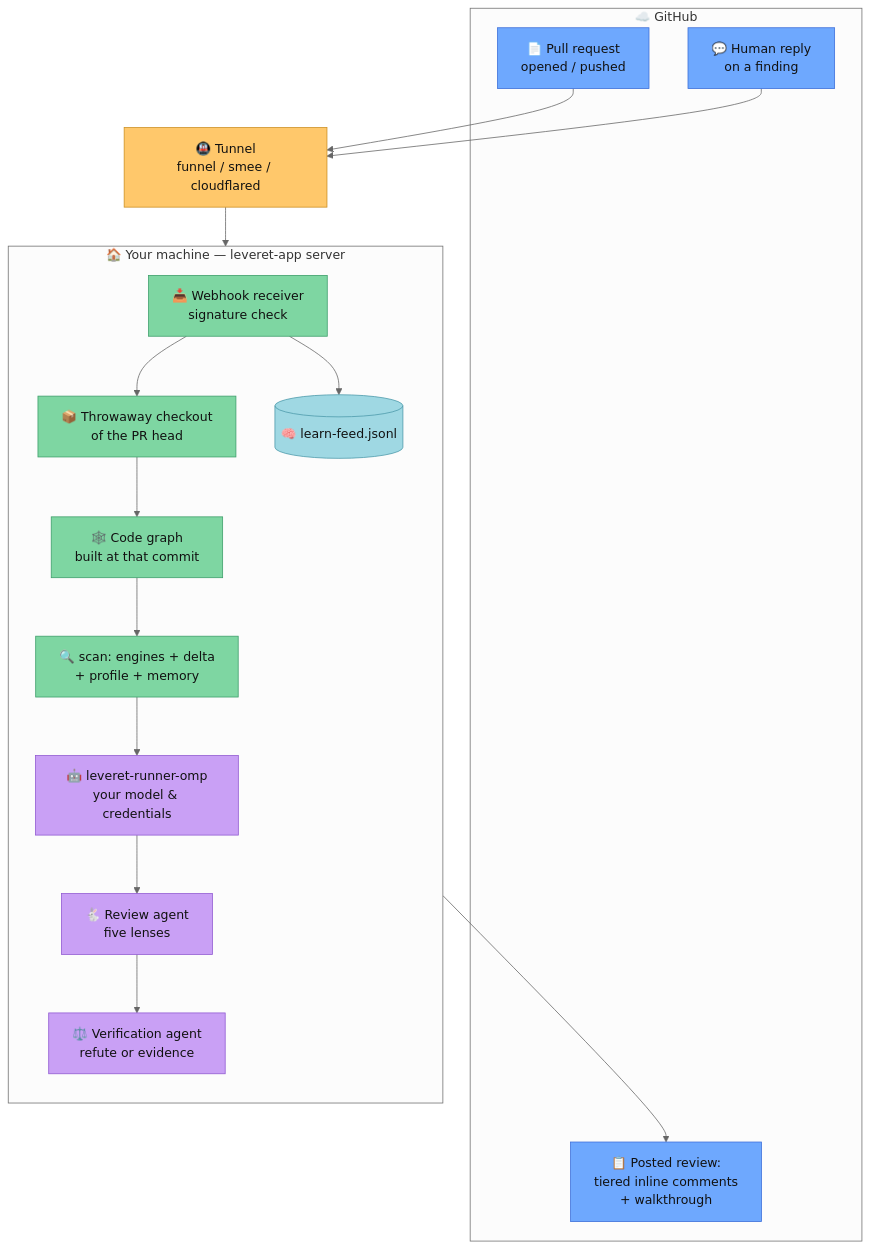
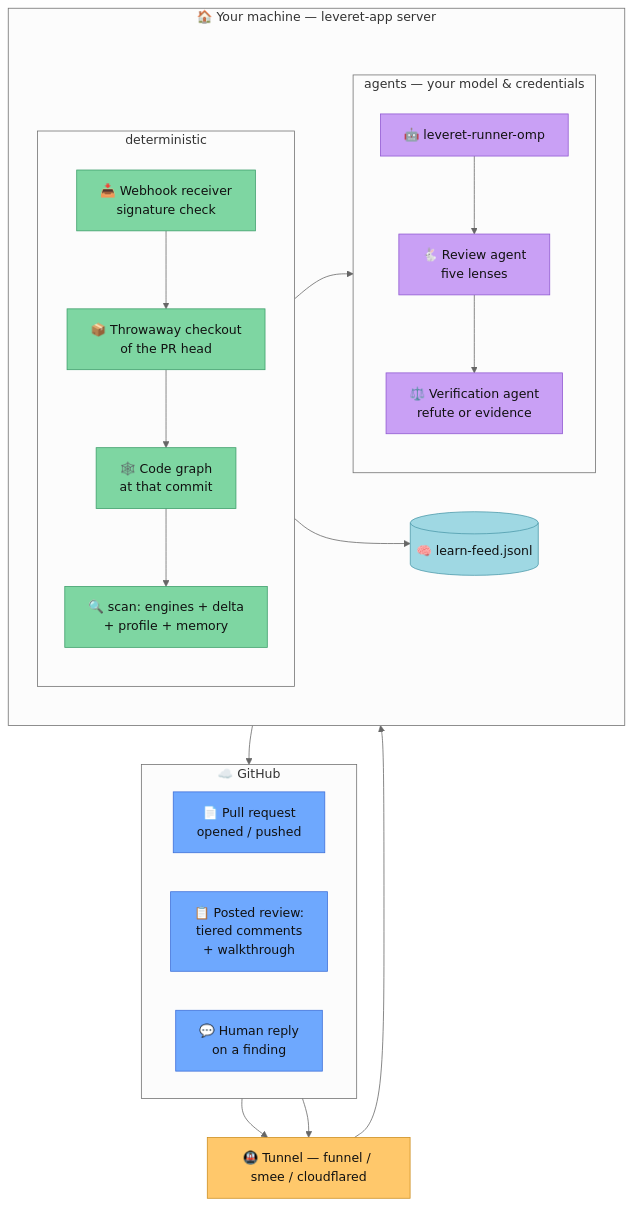
One commit to andrebrait/leveret changed the diagram in docs/app.md. Above: the diagram before and after it, drawn with Mermaid (neutral theme).

Commit message:
docs: balanced-aspect app diagram — parallel columns instead of one tall chain

````diff
--- a/docs/app.md
+++ b/docs/app.md
@@ -62,33 +62,42 @@
 ```mermaid
 flowchart TD
     subgraph GitHub["☁️ GitHub"]
+        direction LR
         PR["📄 Pull request<br>opened / pushed"]:::gh
-        REV["📋 Posted review:<br>tiered inline comments<br>+ walkthrough"]:::gh
+        REV["📋 Posted review:<br>tiered comments<br>+ walkthrough"]:::gh
         REPLY["💬 Human reply<br>on a finding"]:::gh
     end
 
-    T["🚇 Tunnel<br>funnel / smee / cloudflared"]:::tun
+    T["🚇 Tunnel — funnel / smee / cloudflared"]:::tun
 
     subgraph your["🏠 Your machine — leveret-app server"]
-        direction TB
-        WH["📥 Webhook receiver<br>signature check"]:::core
-        CO["📦 Throwaway checkout<br>of the PR head"]:::core
-        CG["🕸️ Code graph<br>built at that commit"]:::core
-        SCAN["🔍 scan: engines + delta<br>+ profile + memory"]:::core
-        RUN["🤖 leveret-runner-omp<br>your model & credentials"]:::agent
-        RA["🐇 Review agent<br>five lenses"]:::agent
-        VA["⚖️ Verification agent<br>refute or evidence"]:::agent
+        direction LR
+        subgraph det["deterministic"]
+            direction TB
+            WH["📥 Webhook receiver<br>signature check"]:::core
+            CO["📦 Throwaway checkout<br>of the PR head"]:::core
+            CG["🕸️ Code graph<br>at that commit"]:::core
+            SCAN["🔍 scan: engines + delta<br>+ profile + memory"]:::core
+            WH --> CO --> CG --> SCAN
+        end
+        subgraph ag["agents — your model & credentials"]
+            direction TB
+            RUN["🤖 leveret-runner-omp"]:::agent
+            RA["🐇 Review agent<br>five lenses"]:::agent
+            VA["⚖️ Verification agent<br>refute or evidence"]:::agent
+            RUN --> RA --> VA
+        end
         FEED[("🧠 learn-feed.jsonl")]:::store
     end
 
-    PR --> T --> WH --> CO --> CG --> SCAN --> RUN
-    RUN --> RA --> VA
+    PR --> T --> WH
+    SCAN --> RUN
     VA --> REV
     REPLY --> T
     WH --> FEED
     classDef gh fill:#6ea8fe,stroke:#3d6fd9,color:#111
     classDef tun fill:#ffc86b,stroke:#cc8f22,color:#111
     classDef core fill:#7ed6a2,stroke:#3d9e6a,color:#111
     classDef agent fill:#c9a0f5,stroke:#9059d1,color:#111
     classDef store fill:#9fd8e3,stroke:#4d9aab,color:#111
 ```
````
